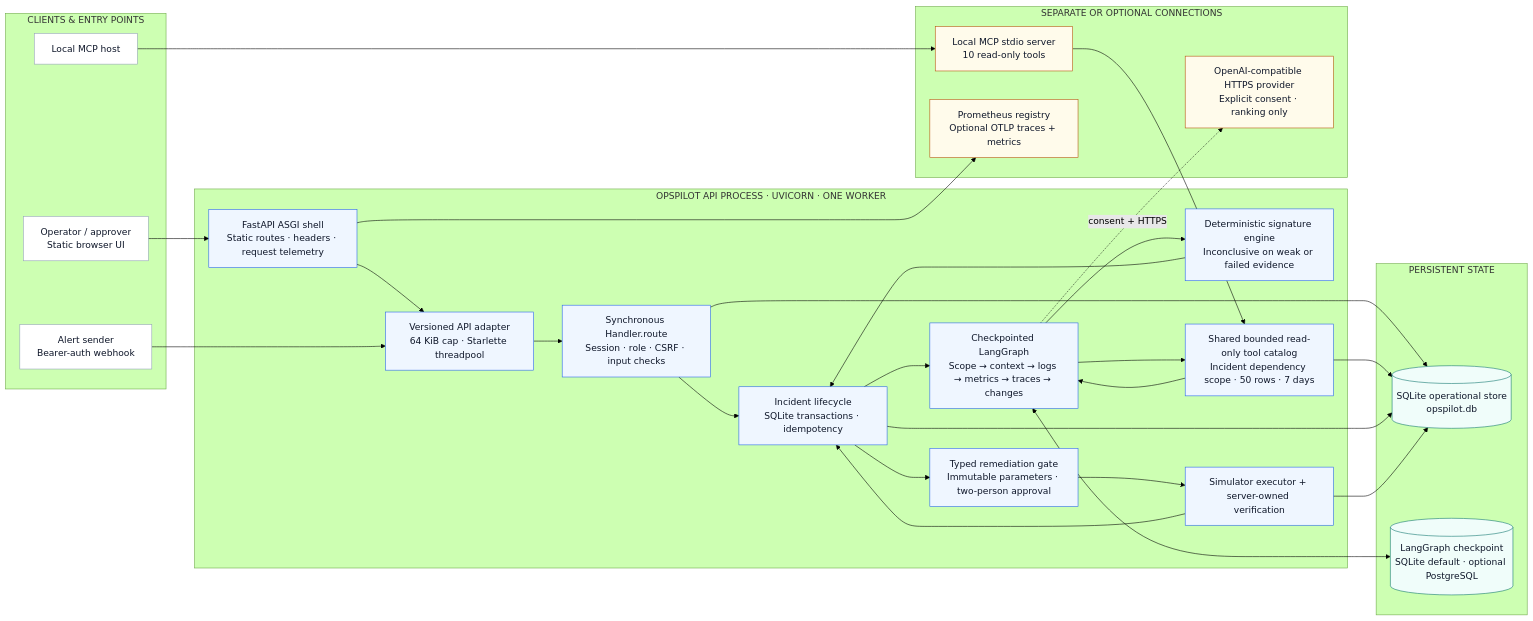
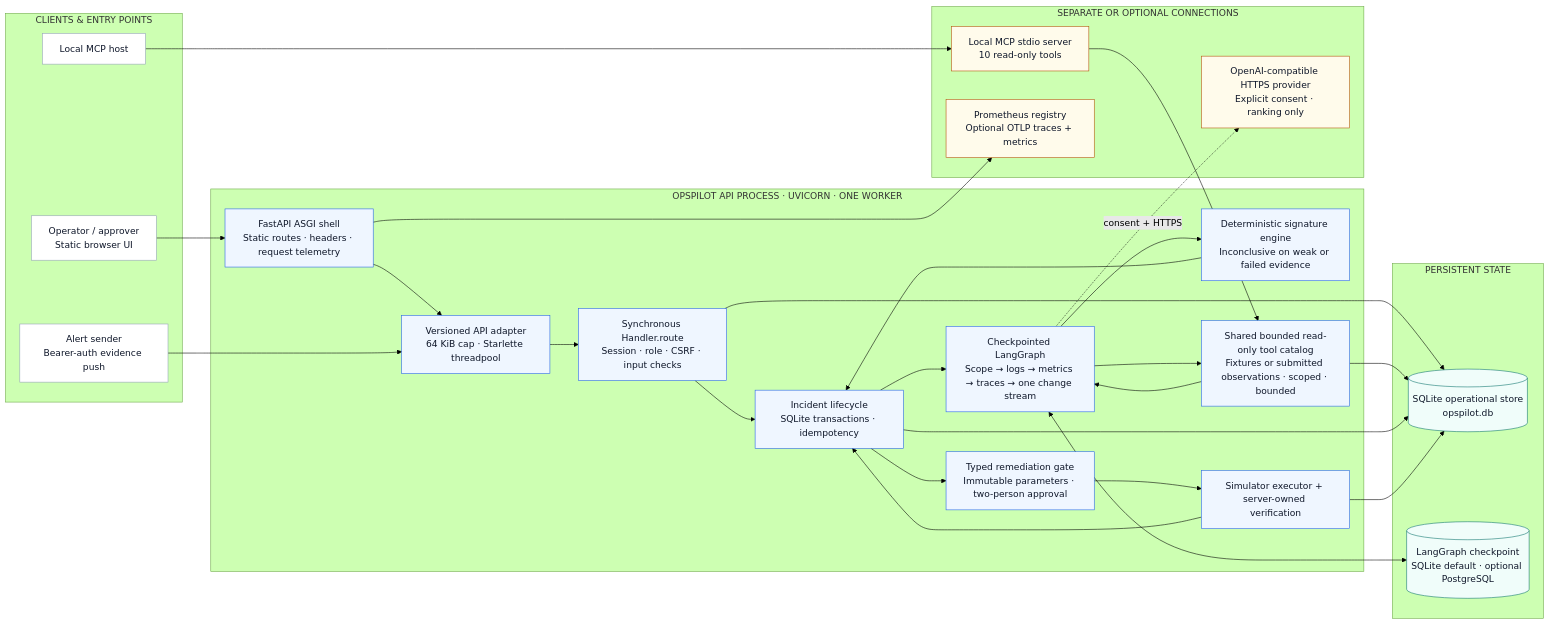
The diagram in docs/portfolio-diagrams/system-architecture.mmd (Jithendra-coder/OpsPilot), drawn with Mermaid (forest theme) before and after one commit. The commit also changed 40 other files, not shown here.

```diff
--- a/docs/portfolio-diagrams/system-architecture.mmd
+++ b/docs/portfolio-diagrams/system-architecture.mmd
@@ -1,53 +1,53 @@
 flowchart LR
   subgraph Clients["CLIENTS & ENTRY POINTS"]
     Browser["Operator / approver<br/>Static browser UI"]
-    Alert["Alert sender<br/>Bearer-auth webhook"]
+    Alert["Alert sender<br/>Bearer-auth evidence push"]
     McpHost["Local MCP host"]
   end
 
   subgraph Runtime["OPSPILOT API PROCESS · UVICORN · ONE WORKER"]
     ASGI["FastAPI ASGI shell<br/>Static routes · headers · request telemetry"]
     Adapter["Versioned API adapter<br/>64 KiB cap · Starlette threadpool"]
     Handler["Synchronous Handler.route<br/>Session · role · CSRF · input checks"]
     Incident["Incident lifecycle<br/>SQLite transactions · idempotency"]
-    Graph["Checkpointed LangGraph<br/>Scope → context → logs → metrics → traces → changes"]
+    Graph["Checkpointed LangGraph<br/>Scope → logs → metrics → traces → one change stream"]
     Diagnosis["Deterministic signature engine<br/>Inconclusive on weak or failed evidence"]
-    Catalog["Shared bounded read-only tool catalog<br/>Incident dependency scope · 50 rows · 7 days"]
+    Catalog["Shared bounded read-only tool catalog<br/>Fixtures or submitted observations · scoped · bounded"]
     Action["Typed remediation gate<br/>Immutable parameters · two-person approval"]
     Verify["Simulator executor + server-owned verification"]
     ASGI --> Adapter --> Handler --> Incident --> Graph
     Graph --> Catalog --> Graph
     Graph --> Diagnosis --> Incident
     Incident --> Action --> Verify --> Incident
   end
 
   subgraph State["PERSISTENT STATE"]
     OpsDB[("SQLite operational store<br/>opspilot.db")]
     Checkpoint[("LangGraph checkpoint<br/>SQLite default · optional PostgreSQL")]
   end
 
   subgraph Adjacent["SEPARATE OR OPTIONAL CONNECTIONS"]
     MCP["Local MCP stdio server<br/>10 read-only tools"]
     LLM["OpenAI-compatible HTTPS provider<br/>Explicit consent · ranking only"]
     Metrics["Prometheus registry<br/>Optional OTLP traces + metrics"]
   end
 
   Browser --> ASGI
   Alert --> Adapter
   Handler --> OpsDB
   Catalog --> OpsDB
   Incident --> OpsDB
   Verify --> OpsDB
   Graph <--> Checkpoint
   McpHost --> MCP --> Catalog
   Graph -. "consent + HTTPS" .-> LLM
   ASGI --> Metrics
 
   classDef core fill:#EFF6FF,stroke:#2563EB,color:#0F172A;
   classDef store fill:#F0FDFA,stroke:#0F766E,color:#0F172A;
   classDef optional fill:#FFFBEB,stroke:#B45309,color:#0F172A;
   classDef entry fill:#FFFFFF,stroke:#94A3B8,color:#0F172A;
   class Browser,Alert,McpHost entry;
   class ASGI,Adapter,Handler,Incident,Graph,Diagnosis,Catalog,Action,Verify core;
   class OpsDB,Checkpoint store;
   class MCP,LLM,Metrics optional;
```
